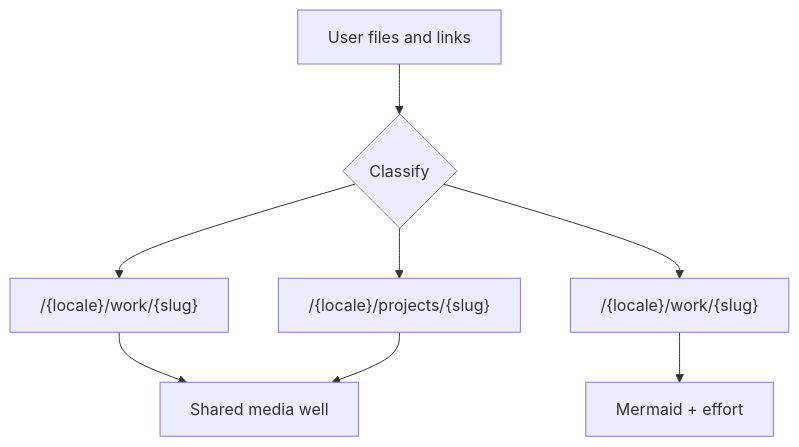
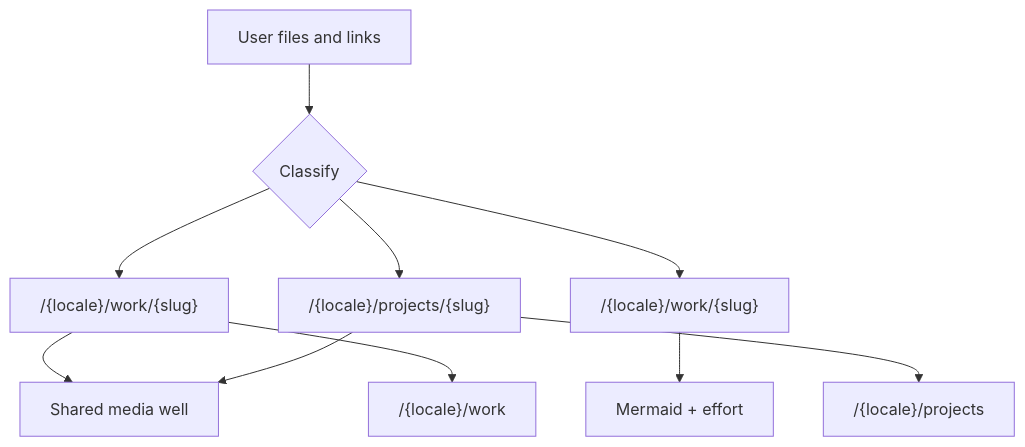
One commit to colorage/siaroza_cv changed the diagram in CONTENT.md. Above: the diagram before and after it, drawn with Mermaid. The commit also changed other lines of this file and 16 other files, not shown here.

First line of the commit message:
Collapse home to featured work and add archive pages.

````diff
--- a/CONTENT.md
+++ b/CONTENT.md
@@ -23,12 +25,14 @@
 ```mermaid
 flowchart TD
   input[User files and links]
   classify{Classify}
   input --> classify
   classify --> portfolio["/{locale}/work/{slug}"]
   classify --> cases["/{locale}/work/{slug}"]
   classify --> pets["/{locale}/projects/{slug}"]
   portfolio --> mediaFrame[Shared media well]
   pets --> mediaFrame
   cases --> mermaid[Mermaid + effort]
+  portfolio --> archive["/{locale}/work"]
+  pets --> petArchive["/{locale}/projects"]
 ```
````
